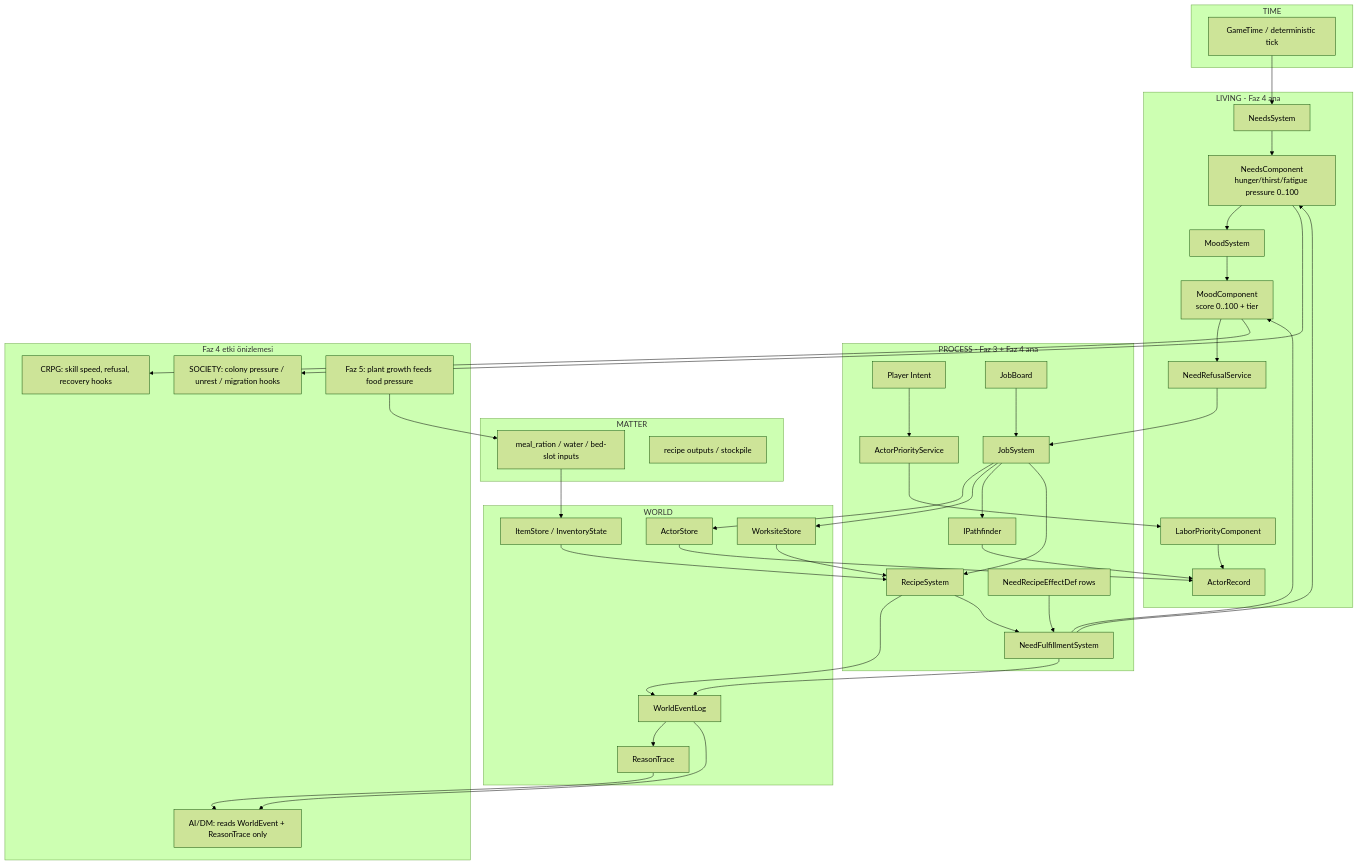
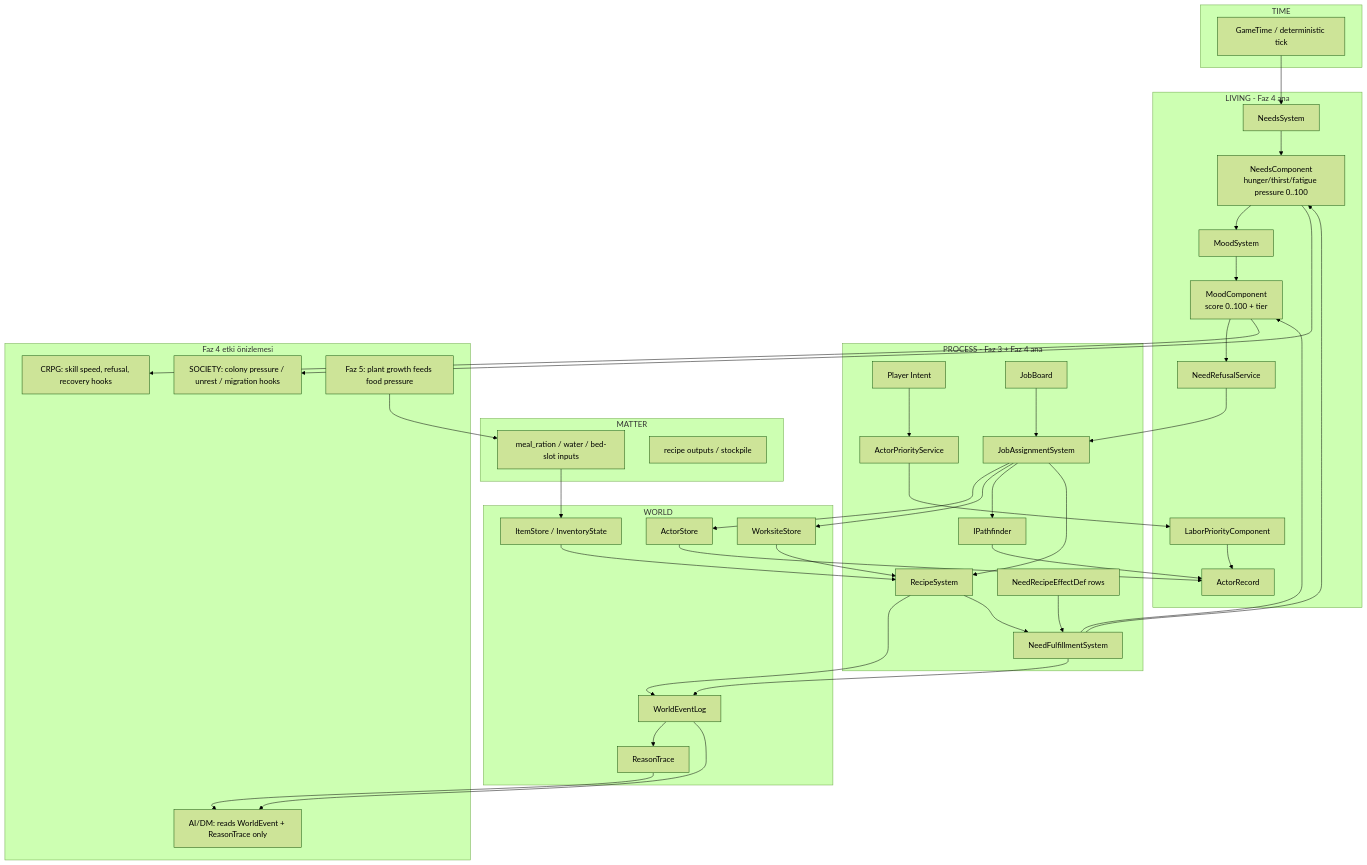
One commit to msbel5/alcyone-ember-rpg changed the first of 3 diagrams in docs/mechanics/faz-4-colony-needs.md. Above: the diagram before and after it, drawn with Mermaid (forest theme). The commit also changed other lines of this file and 10 other files, not shown here.

````diff
--- a/docs/mechanics/faz-4-colony-needs.md
+++ b/docs/mechanics/faz-4-colony-needs.md
@@ -3,82 +7,82 @@
 ```mermaid
 graph TB
     subgraph TIME["TIME"]
         GT["GameTime / deterministic tick"]
     end
 
     subgraph WORLD["WORLD"]
         AS["ActorStore"]
         WS["WorksiteStore"]
         IS["ItemStore / InventoryState"]
         EL["WorldEventLog"]
         RT["ReasonTrace"]
     end
 
     subgraph LIVING["LIVING - Faz 4 ana"]
         AR["ActorRecord"]
         NC["NeedsComponent\nhunger/thirst/fatigue pressure 0..100"]
         MC["MoodComponent\nscore 0..100 + tier"]
         LP["LaborPriorityComponent"]
         NS["NeedsSystem"]
         MS["MoodSystem"]
         RS["NeedRefusalService"]
     end
 
     subgraph PROCESS["PROCESS - Faz 3 + Faz 4 ana"]
         PI["Player Intent"]
         APS["ActorPriorityService"]
         JB["JobBoard"]
-        JS["JobSystem"]
+        JS["JobAssignmentSystem"]
         PF["IPathfinder"]
         RSYS["RecipeSystem"]
         NRE["NeedRecipeEffectDef rows"]
         NFS["NeedFulfillmentSystem"]
     end
 
     subgraph MATTER["MATTER"]
         FOOD["meal_ration / water / bed-slot inputs"]
         OUT["recipe outputs / stockpile"]
     end
 
     subgraph FUTURE["Faz 4 etki önizlemesi"]
         SOC["SOCIETY: colony pressure / unrest / migration hooks"]
         CRPG["CRPG: skill speed, refusal, recovery hooks"]
         AIDM["AI/DM: reads WorldEvent + ReasonTrace only"]
         F5["Faz 5: plant growth feeds food pressure"]
     end
 
     PI --> APS
     APS --> LP
     LP --> AR
     AS --> AR
     GT --> NS
     NS --> NC
     NC --> MS
     MS --> MC
     MC --> RS
     RS --> JS
 
     JB --> JS
     JS --> AS
     JS --> WS
     JS --> PF
     PF --> AR
     JS --> RSYS
     WS --> RSYS
     IS --> RSYS
     FOOD --> IS
 
     RSYS --> EL
     RSYS --> NFS
     NRE --> NFS
     NFS --> NC
     NFS --> MC
     NFS --> EL
     EL --> RT
 
     NC --> SOC
     MC --> CRPG
     EL --> AIDM
     RT --> AIDM
     F5 --> FOOD
 ```
````
